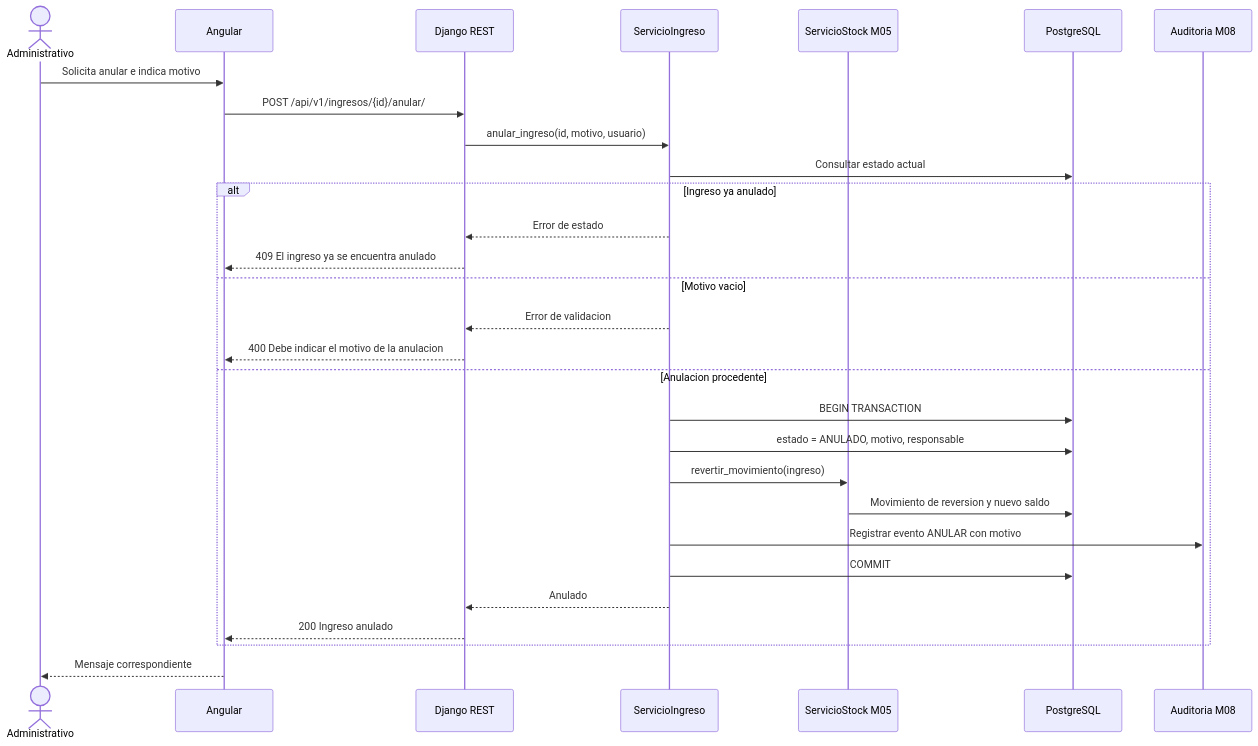
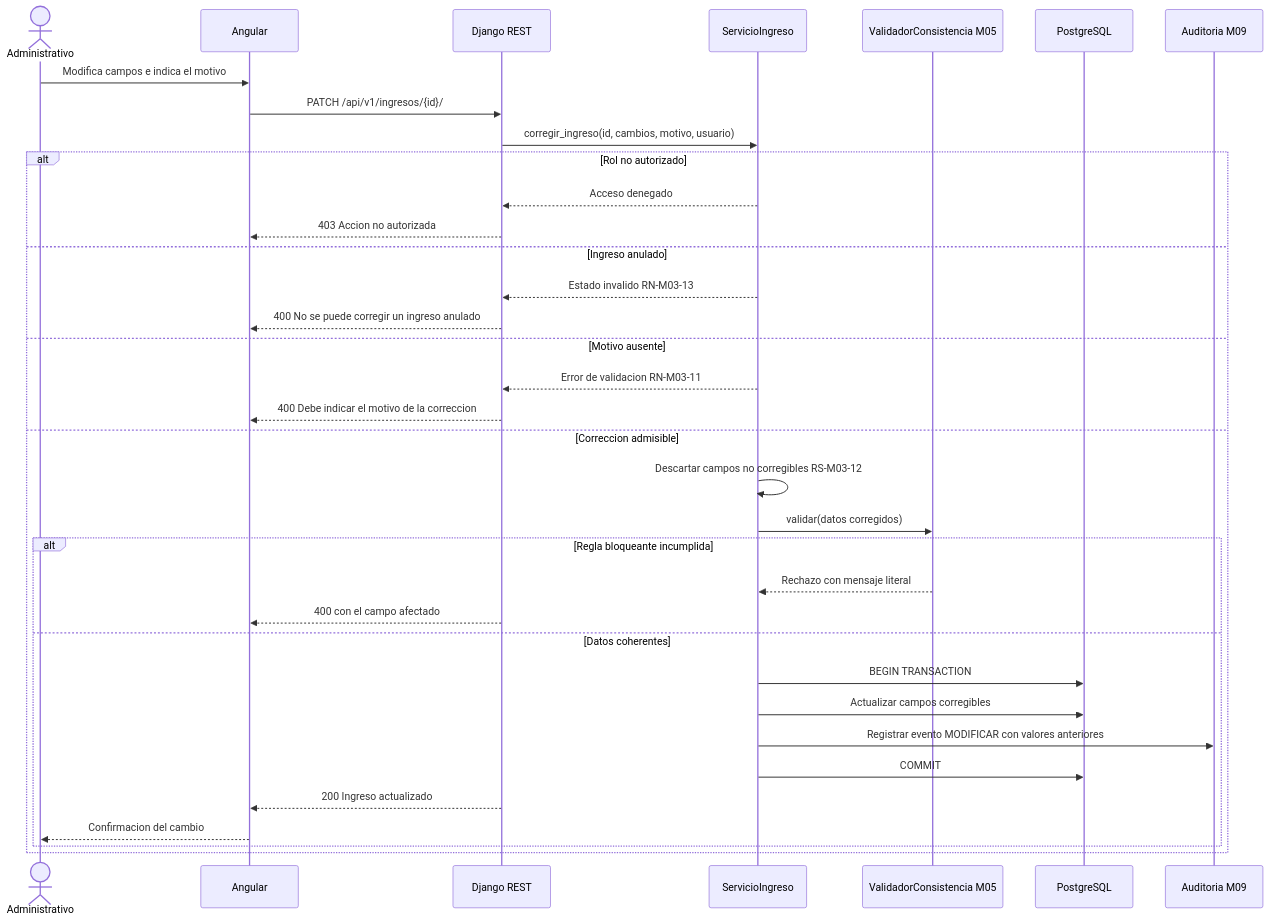
One commit to adlerOmonte1/LogisticaMinera changed the second of 3 diagrams in docs/modulos/M03-ingresos/diagramas/secuencia.md. Above: the diagram before and after it, drawn with Mermaid. The commit also changed other lines of this file and 12 other files, not shown here.

First line of the commit message:
docs(ingresos): Reformulacion de Historias de Usuario, requisitos y diagramas

````diff
--- a/docs/modulos/M03-ingresos/diagramas/secuencia.md
+++ b/docs/modulos/M03-ingresos/diagramas/secuencia.md
@@ -70,33 +65,40 @@
 ```mermaid
 sequenceDiagram
     actor A as Administrativo
     participant NG as Angular
     participant API as Django REST
     participant SRV as ServicioIngreso
-    participant STK as ServicioStock M05
+    participant VAL as ValidadorConsistencia M05
     participant DB as PostgreSQL
-    participant AUD as Auditoria M08
+    participant AUD as Auditoria M09
 
-    A->>NG: Solicita anular e indica motivo
-    NG->>API: POST /api/v1/ingresos/{id}/anular/
-    API->>SRV: anular_ingreso(id, motivo, usuario)
-    SRV->>DB: Consultar estado actual
+    A->>NG: Modifica campos e indica el motivo
+    NG->>API: PATCH /api/v1/ingresos/{id}/
+    API->>SRV: corregir_ingreso(id, cambios, motivo, usuario)
 
-    alt Ingreso ya anulado
-        SRV-->>API: Error de estado
-        API-->>NG: 409 El ingreso ya se encuentra anulado
-    else Motivo vacio
-        SRV-->>API: Error de validacion
-        API-->>NG: 400 Debe indicar el motivo de la anulacion
-    else Anulacion procedente
-        SRV->>DB: BEGIN TRANSACTION
-        SRV->>DB: estado = ANULADO, motivo, responsable
-        SRV->>STK: revertir_movimiento(ingreso)
-        STK->>DB: Movimiento de reversion y nuevo saldo
-        SRV->>AUD: Registrar evento ANULAR con motivo
-        SRV->>DB: COMMIT
-        SRV-->>API: Anulado
-        API-->>NG: 200 Ingreso anulado
+    alt Rol no autorizado
+        SRV-->>API: Acceso denegado
+        API-->>NG: 403 Accion no autorizada
+    else Ingreso anulado
+        SRV-->>API: Estado invalido RN-M03-13
+        API-->>NG: 400 No se puede corregir un ingreso anulado
+    else Motivo ausente
+        SRV-->>API: Error de validacion RN-M03-11
+        API-->>NG: 400 Debe indicar el motivo de la correccion
+    else Correccion admisible
+        SRV->>SRV: Descartar campos no corregibles RS-M03-12
+        SRV->>VAL: validar(datos corregidos)
+
+        alt Regla bloqueante incumplida
+            VAL-->>SRV: Rechazo con mensaje literal
+            API-->>NG: 400 con el campo afectado
+        else Datos coherentes
+            SRV->>DB: BEGIN TRANSACTION
+            SRV->>DB: Actualizar campos corregibles
+            SRV->>AUD: Registrar evento MODIFICAR con valores anteriores
+            SRV->>DB: COMMIT
+            API-->>NG: 200 Ingreso actualizado
+            NG-->>A: Confirmacion del cambio
+        end
     end
-    NG-->>A: Mensaje correspondiente
 ```
````
